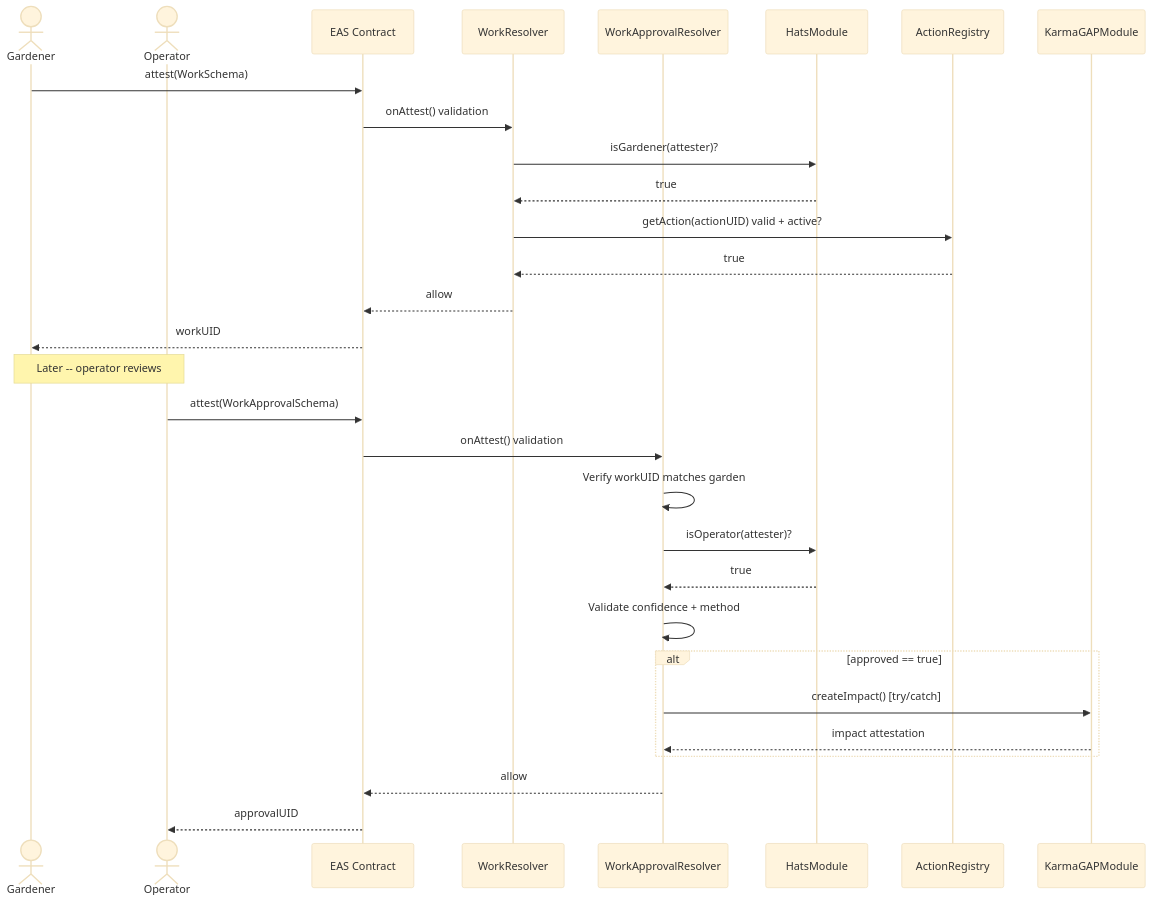
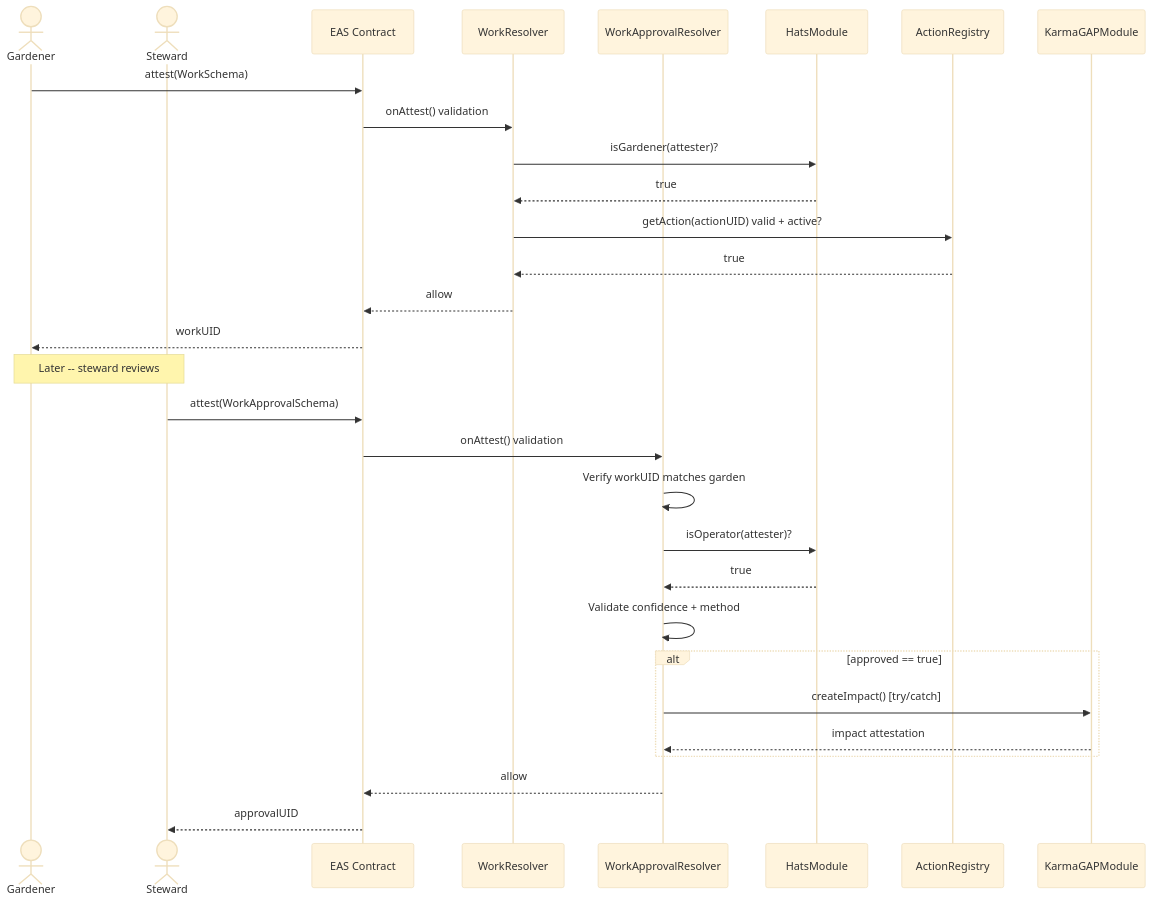
Before and after one commit to greenpill-dev-guild/green-goods: the second of 7 diagrams in docs/docs/builders/architecture/sequence-diagrams.mdx, drawn with Mermaid (base theme). The commit also changed other lines of this file and 447 other files, not shown here.

````diff
--- a/docs/docs/builders/architecture/sequence-diagrams.mdx
+++ b/docs/docs/builders/architecture/sequence-diagrams.mdx
@@ -83,37 +83,37 @@
 ```mermaid
 sequenceDiagram
     actor G as Gardener
-    actor Op as Operator
+    actor Op as Steward
     participant EAS as EAS Contract
     participant WR as WorkResolver
     participant WAR as WorkApprovalResolver
     participant HM as HatsModule
     participant AR as ActionRegistry
     participant KG as KarmaGAPModule
 
     G->>EAS: attest(WorkSchema)
     EAS->>WR: onAttest() validation
     WR->>HM: isGardener(attester)?
     HM-->>WR: true
     WR->>AR: getAction(actionUID) valid + active?
     AR-->>WR: true
     WR-->>EAS: allow
     EAS-->>G: workUID
 
-    Note over G,Op: Later -- operator reviews
+    Note over G,Op: Later -- steward reviews
 
     Op->>EAS: attest(WorkApprovalSchema)
     EAS->>WAR: onAttest() validation
     WAR->>WAR: Verify workUID matches garden
     WAR->>HM: isOperator(attester)?
     HM-->>WAR: true
     WAR->>WAR: Validate confidence + method
 
     alt approved == true
         WAR->>KG: createImpact() [try/catch]
         KG-->>WAR: impact attestation
     end
 
     WAR-->>EAS: allow
     EAS-->>Op: approvalUID
 ```
````
